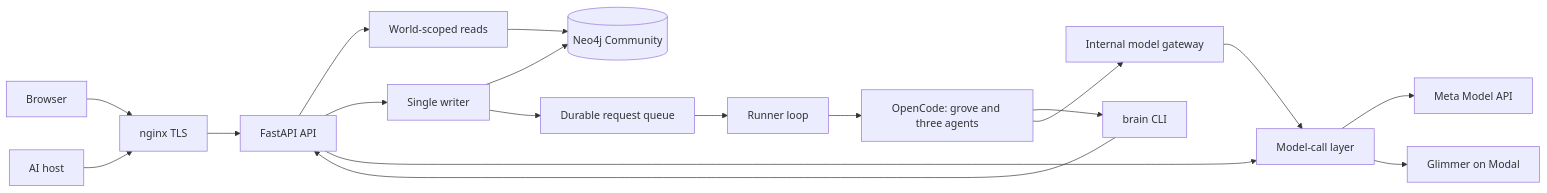
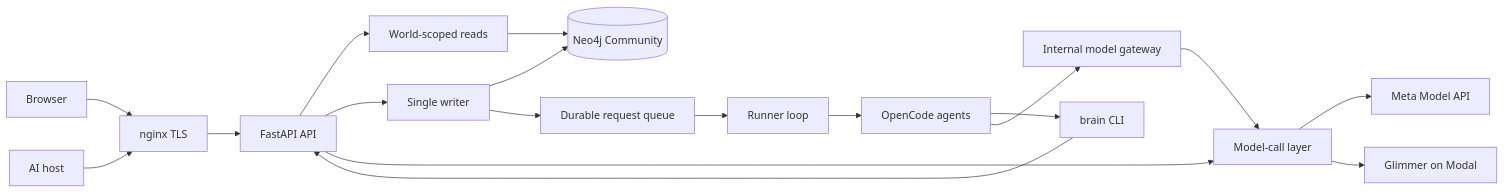
The diagram in docs/architecture.md (X-Arc-ai/grove), drawn with Mermaid before and after one commit. The commit also changed other lines of this file and 6 other files, not shown here.

````diff
--- a/docs/architecture.md
+++ b/docs/architecture.md
@@ -10,20 +9,20 @@
 ```mermaid
 flowchart LR
   Browser[Browser] --> Nginx[nginx TLS]
   Host[AI host] --> Nginx
   Nginx --> API[FastAPI API]
   API --> Reads[World-scoped reads]
   API --> Writer[Single writer]
   Reads --> Store[(Neo4j Community)]
   Writer --> Store
-  Queue[Durable request queue] --> Loop[Runner loop]
-  Writer --> Queue
-  Loop --> OpenCode[OpenCode: grove and three agents]
+  Writer --> Queue[Durable request queue]
+  Queue --> Loop[Runner loop]
+  Loop --> OpenCode[OpenCode agents]
   OpenCode --> Brain[brain CLI]
   Brain --> API
   OpenCode --> Gateway[Internal model gateway]
   API --> Models[Model-call layer]
   Gateway --> Models
   Models --> Meta[Meta Model API]
   Models --> Modal[Glimmer on Modal]
 ```
````
